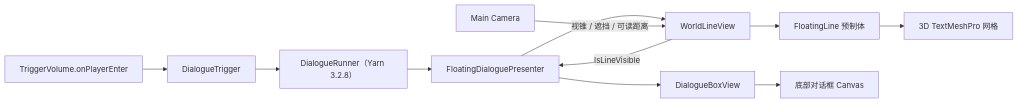
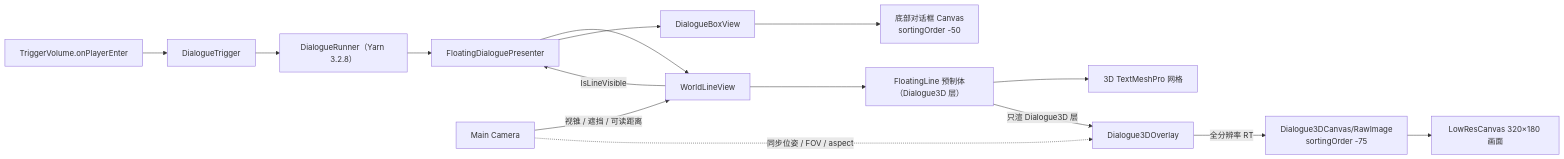
Before and after one commit to Yumihoshi/MakeYourChoice: the first of 3 diagrams in docs/superpowers/plans/2026-11-14-floating-3d-dialogue.md, drawn with Mermaid. The commit also changed other lines of this file and 8 other files, not shown here.

````diff
--- a/docs/superpowers/plans/2026-11-14-floating-3d-dialogue.md
+++ b/docs/superpowers/plans/2026-11-14-floating-3d-dialogue.md
@@ -76,13 +77,17 @@
 ```mermaid
 flowchart LR
     T["TriggerVolume.onPlayerEnter"] --> D["DialogueTrigger"]
     D --> R["DialogueRunner（Yarn 3.2.8）"]
     R --> P["FloatingDialoguePresenter"]
     P --> W["WorldLineView"]
     P --> B["DialogueBoxView"]
     C["Main Camera"] -->|视锥 / 遮挡 / 可读距离| W
     W -->|IsLineVisible| P
-    W --> F["FloatingLine 预制体"]
+    W --> F["FloatingLine 预制体（Dialogue3D 层）"]
     F --> TMP["3D TextMeshPro 网格"]
-    B --> UI["底部对话框 Canvas"]
+    C -.->|同步位姿 / FOV / aspect| O["Dialogue3DOverlay"]
+    F -->|只渲 Dialogue3D 层| O
+    O -->|全分辨率 RT| I["Dialogue3DCanvas/RawImage<br/>sortingOrder -75"]
+    I --> L["LowResCanvas 320×180 画面"]
+    B --> UI["底部对话框 Canvas<br/>sortingOrder -50"]
 ```
````
